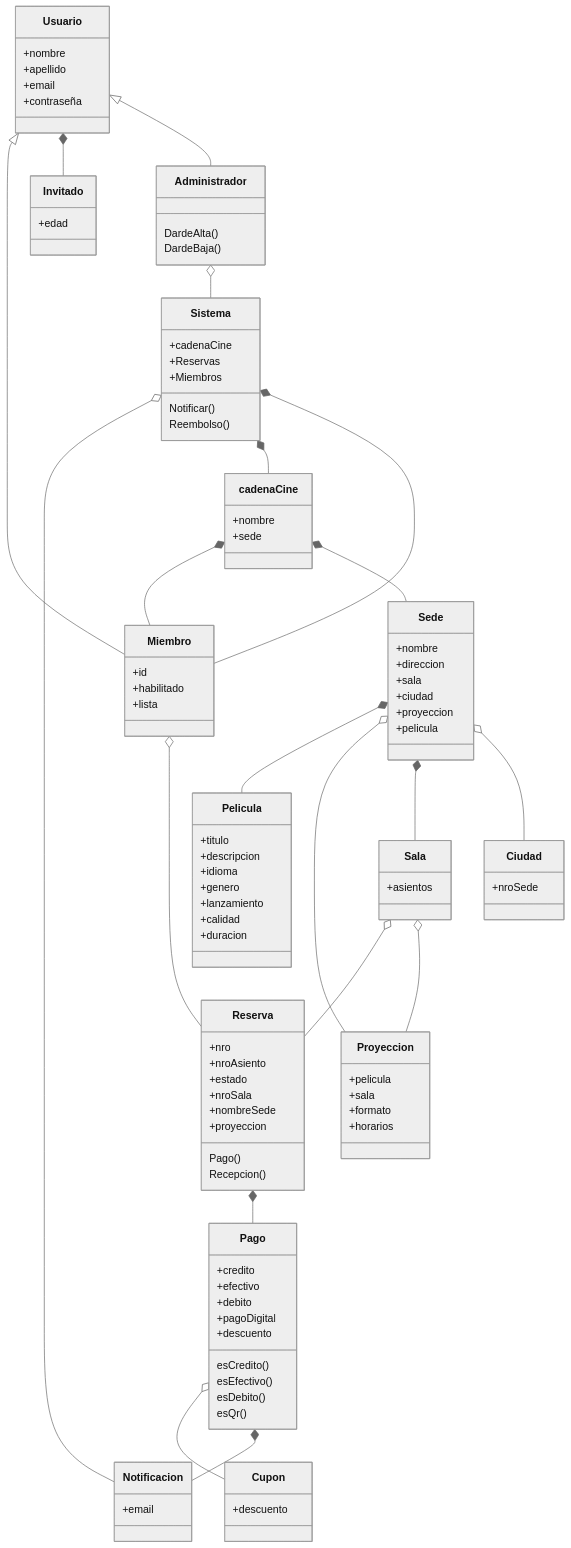
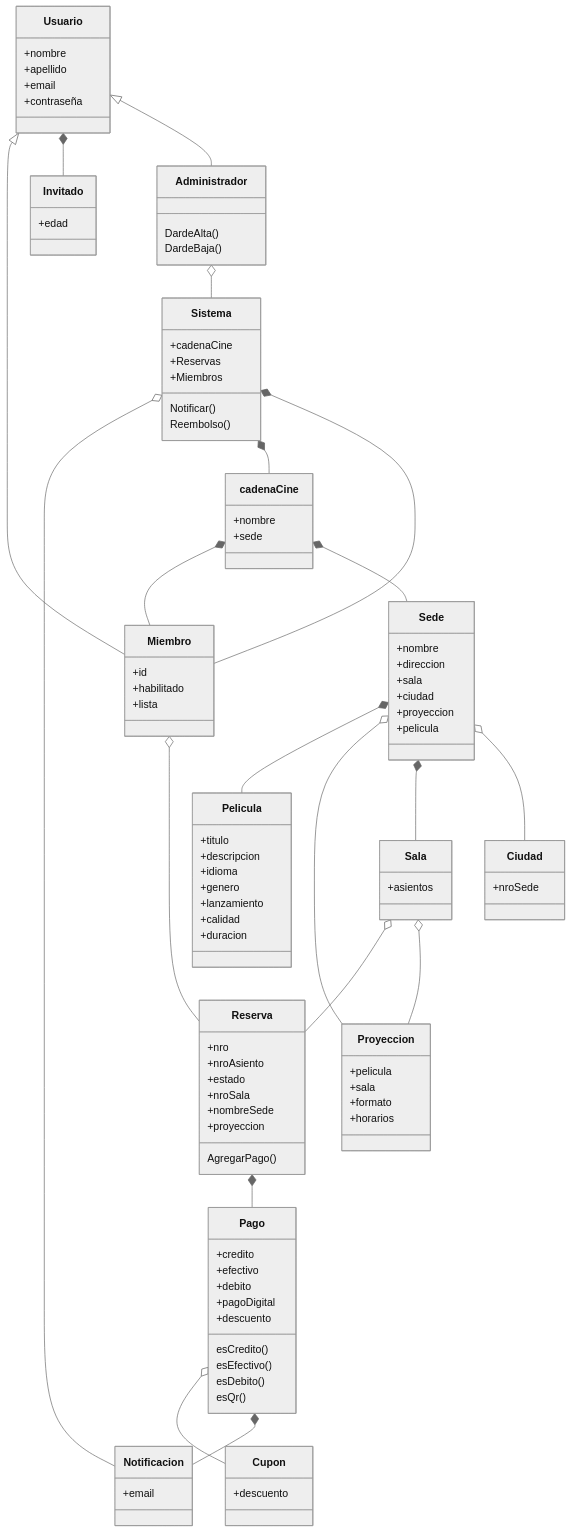
Before and after one commit to quirogapabon11/Cine: the diagram in doc/diagrama.mmd, drawn with Mermaid (neutral theme). The commit also changed 2 other files, not shown here.

Commit message:
TestsReserva
...

```diff
--- a/doc/diagrama.mmd
+++ b/doc/diagrama.mmd
@@ -1,120 +1,119 @@
 classDiagram
 
 class Miembro
 Miembro: +id
 Miembro: +habilitado
 Miembro: +lista  
 
 Miembro o-- Reserva
 Reserva *-- Pago
 
 class Usuario
 Usuario: +nombre
 Usuario: +apellido
 Usuario: +email
 Usuario: +contraseña
 Usuario <|-- Miembro
 Usuario *-- Invitado
 
 class Invitado
 Invitado: +edad
 
 class cadenaCine
 cadenaCine: +nombre
 cadenaCine: +sede
 
 Sede *-- Pelicula
 cadenaCine *-- Miembro
 
 class Sede
 Sede: +nombre
 Sede: +direccion
 Sede: +sala
 Sede: +ciudad
 Sede: +proyeccion
 Sede: +pelicula
 cadenaCine *-- Sede
 
 
 class Ciudad
 Ciudad: +nroSede
 
 class Pelicula 
 Pelicula: +titulo
 Pelicula: +descripcion
 Pelicula: +idioma
 Pelicula: +genero
 Pelicula: +lanzamiento
 Pelicula: +calidad
 Pelicula: +duracion
 
 
 
 Sede o-- Proyeccion
 
 Sede *-- Sala
 
 Sala o-- Reserva
 Sala o-- Proyeccion
 Sede o-- Ciudad
 
 class Proyeccion
 Proyeccion: +pelicula
 Proyeccion: +sala
 Proyeccion: +formato
 Proyeccion: +horarios
 
 class Sala
 Sala: +asientos
 
 
 
 
 class Reserva
 Reserva: +nro
 Reserva: +nroAsiento
 Reserva: +estado
 Reserva: +nroSala
 Reserva: +nombreSede
 Reserva: +proyeccion
-Reserva: Pago()
-Reserva: Recepcion()
+Reserva: AgregarPago()
 
 class Sistema
 Sistema: Notificar()
 Sistema: +cadenaCine
 Sistema: +Reservas
 Sistema: +Miembros
 Sistema: Reembolso()
 
 Sistema o-- Notificacion
 Sistema *-- cadenaCine
 Sistema *-- Miembro
 
 class Pago
 Pago: +credito
 Pago: +efectivo
 Pago: +debito
 Pago: +pagoDigital
 Pago: +descuento
 Pago: esCredito() 
 Pago: esEfectivo()
 Pago: esDebito()
 Pago: esQr()
 
 
 class Cupon
 Cupon: +descuento
 Pago o-- Cupon
 
 
 Pago *-- Notificacion
 
 class Notificacion
 Notificacion: +email
 
 class Administrador
 Administrador: DardeAlta()
 Administrador: DardeBaja()
 Administrador o-- Sistema
 Usuario <|-- Administrador 
```
